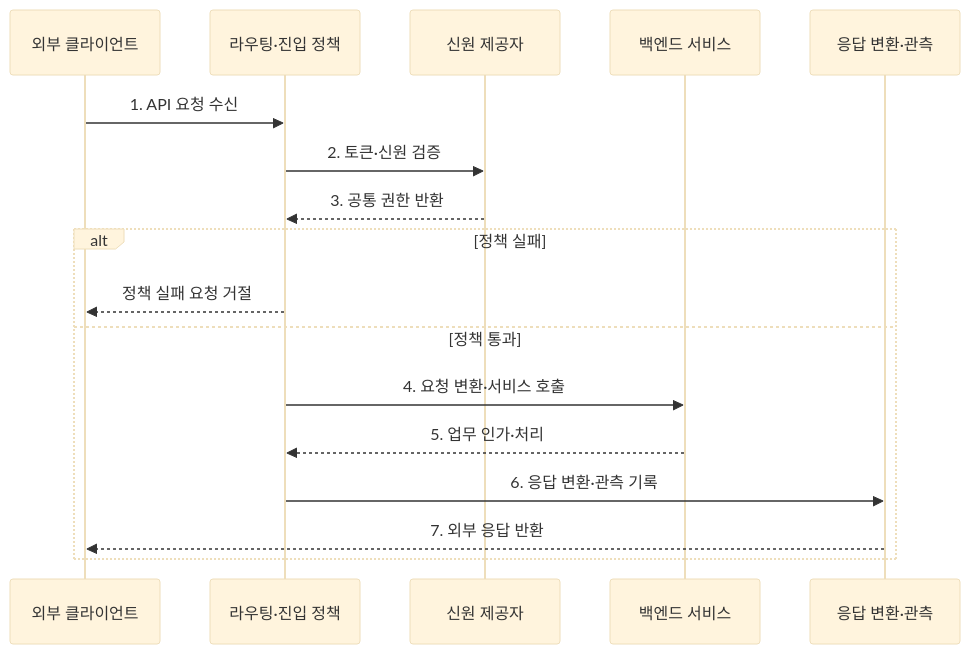
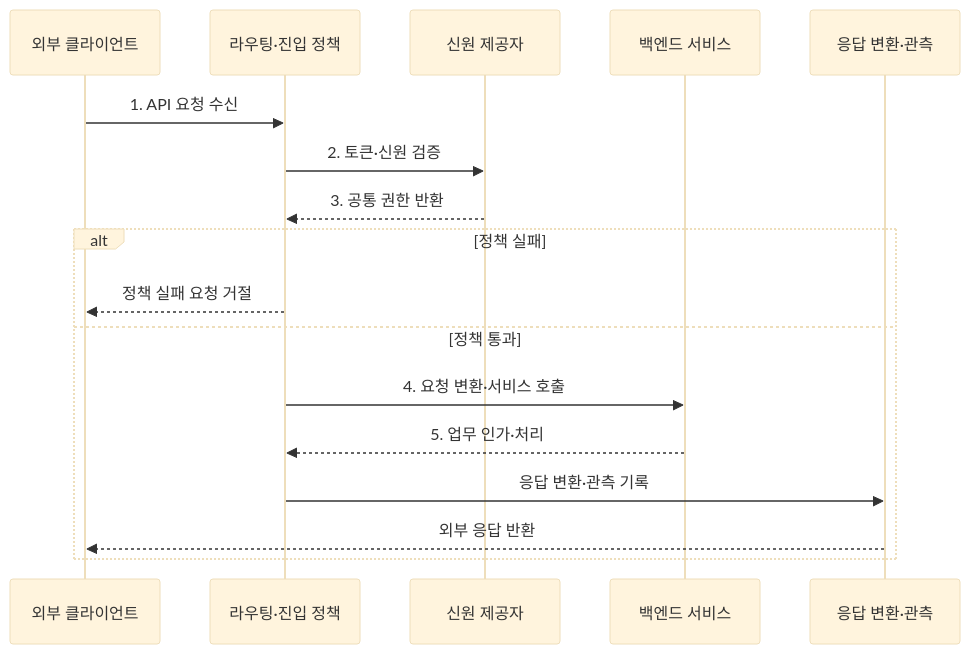
One commit to agnusdei1207/knowledge-base changed the second of 2 diagrams in src/content/docs/notes/03-software/040_api_gateway.md. Above: the diagram before and after it, drawn with Mermaid (base theme). The commit also changed other lines of this file and 238 other files, not shown here.

````diff
--- a/src/content/docs/notes/03-software/040_api_gateway.md
+++ b/src/content/docs/notes/03-software/040_api_gateway.md
@@ -91,19 +93,19 @@
 ```mermaid
 sequenceDiagram
     participant C as 외부 클라이언트
     participant G as 라우팅·진입 정책
     participant I as 신원 제공자
     participant S as 백엔드 서비스
     participant O as 응답 변환·관측
     C->>G: 1. API 요청 수신
     G->>I: 2. 토큰·신원 검증
     I-->>G: 3. 공통 권한 반환
     alt 정책 실패
         G-->>C: 정책 실패 요청 거절
     else 정책 통과
         G->>S: 4. 요청 변환·서비스 호출
         S-->>G: 5. 업무 인가·처리
-        G->>O: 6. 응답 변환·관측 기록
-        O-->>C: 7. 외부 응답 반환
+        G->>O: 응답 변환·관측 기록
+        O-->>C: 외부 응답 반환
     end
 ```
````
